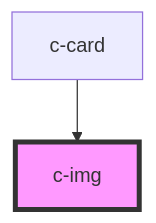
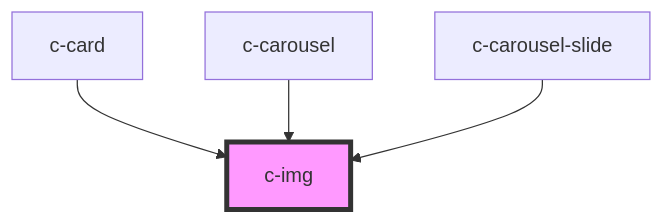
The diagram in src/scripts/components/image/readme.md (kickstand-ui/kickstand-ui), drawn with Mermaid before and after one commit. The commit also changed other lines of this file and 15 other files, not shown here.

````diff
--- a/src/scripts/components/image/readme.md
+++ b/src/scripts/components/image/readme.md
@@ -26,5 +28,7 @@
 ```mermaid
 graph TD;
   c-card --> c-img
+  c-carousel --> c-img
+  c-carousel-slide --> c-img
   style c-img fill:#f9f,stroke:#333,stroke-width:4px
 ```
````
